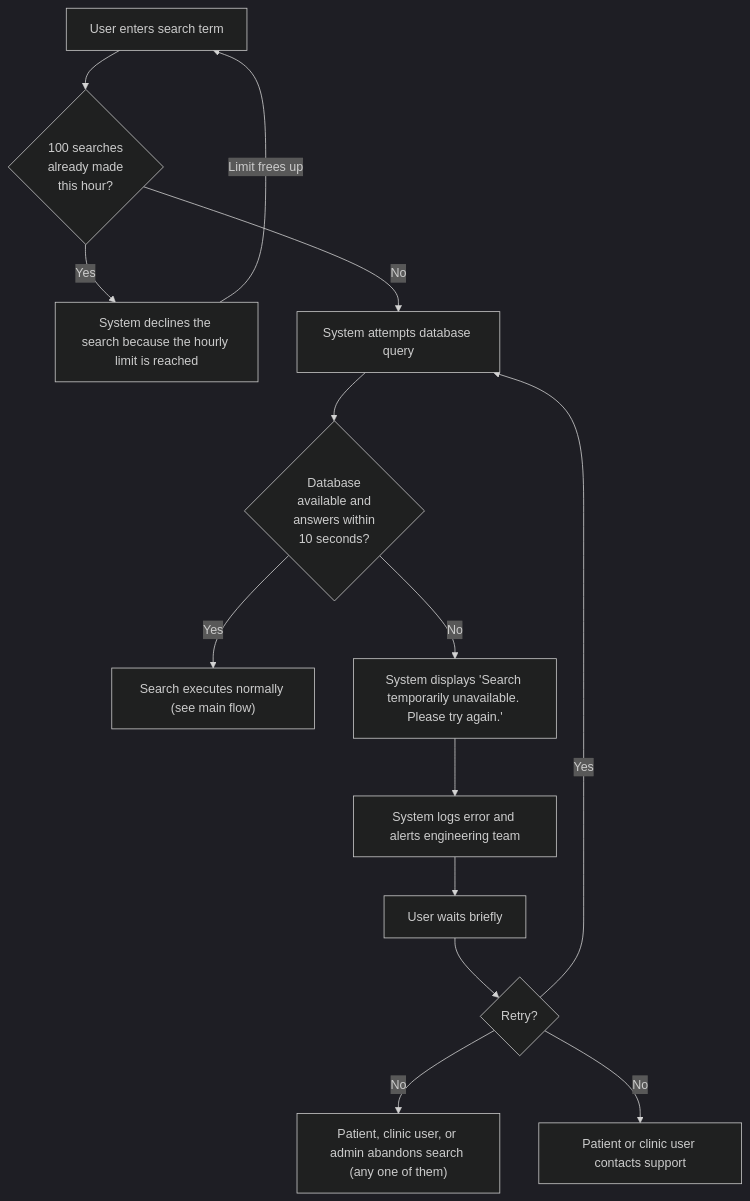
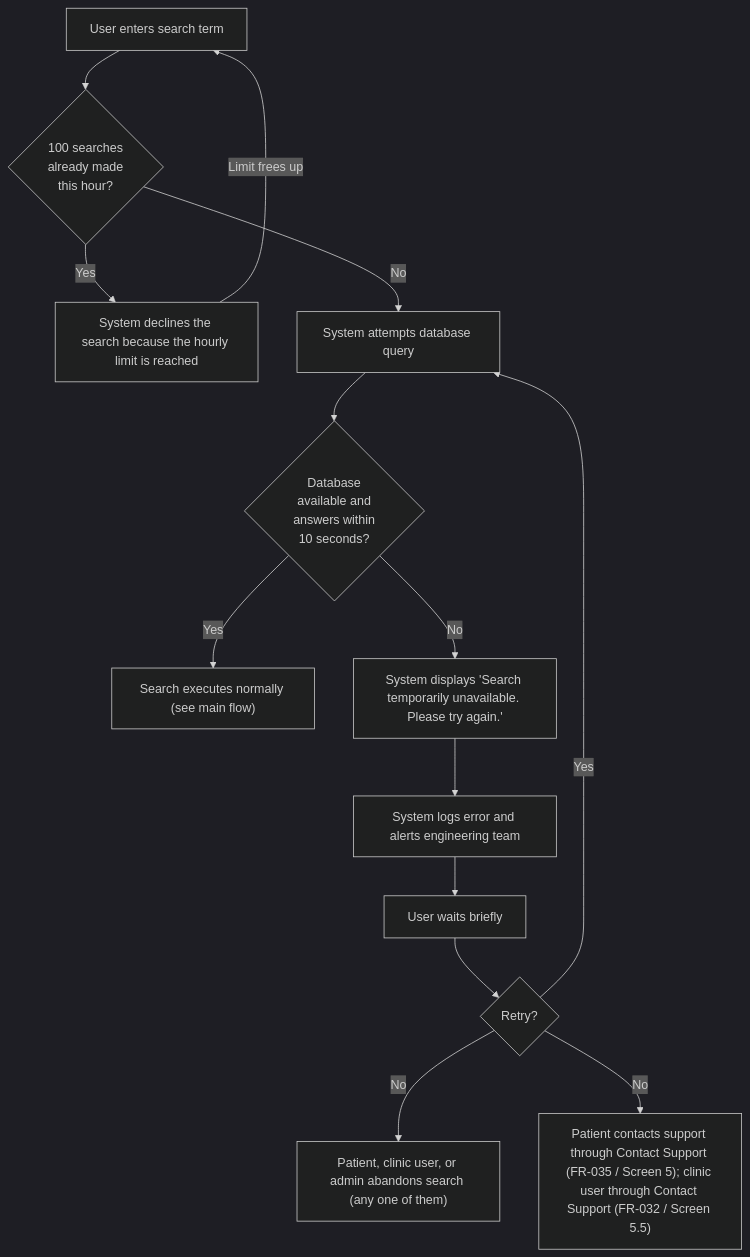
Before and after one commit to joachimtrungtuan/hairline-pm-docs: the eighth of 8 diagrams in project-requirements/functional-requirements/fr022-search-filtering/prd.md, drawn with Mermaid (dark theme). The commit also changed other lines of this file and 3 other files, not shown here.

````diff
--- a/project-requirements/functional-requirements/fr022-search-filtering/prd.md
+++ b/project-requirements/functional-requirements/fr022-search-filtering/prd.md
@@ -303,16 +303,16 @@
 ```mermaid
 flowchart TD
   ENTER["User enters search term"] --> LIMIT{"100 searches\nalready made\nthis hour?"}
   LIMIT -- "Yes" --> BLOCKED["System declines the search because the hourly limit is reached"]
   BLOCKED -- "Limit frees up" --> ENTER
   LIMIT -- "No" --> ATTEMPT["System attempts database query"]
   ATTEMPT --> STATUS{"Database\navailable and\nanswers within\n10 seconds?"}
   STATUS -- "Yes" --> SUCCESS["Search executes normally (see main flow)"]
   STATUS -- "No" --> FAIL["System displays 'Search temporarily unavailable. Please try again.'"]
   FAIL --> LOG["System logs error and alerts engineering team"]
   LOG --> WAIT["User waits briefly"]
   WAIT --> RETRY{"Retry?"}
   RETRY -- "Yes" --> ATTEMPT
   RETRY -- "No" --> ABANDON["Patient, clinic user, or admin abandons search (any one of them)"]
-  RETRY -- "No" --> SUPPORT["Patient or clinic user contacts support"]
+  RETRY -- "No" --> SUPPORT["Patient contacts support through Contact Support (FR-035 / Screen 5); clinic user through Contact Support (FR-032 / Screen 5.5)"]
 ```
````
